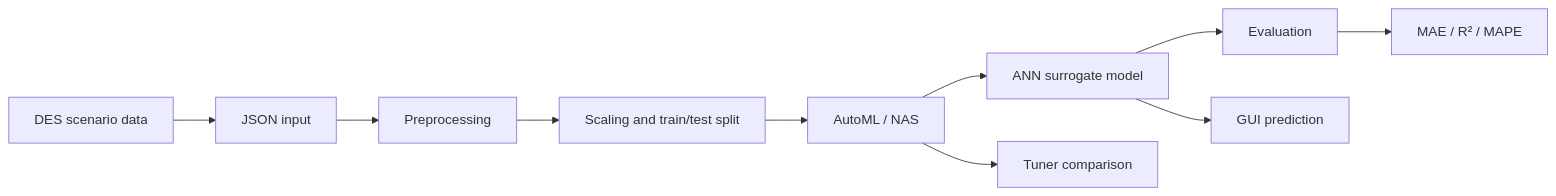
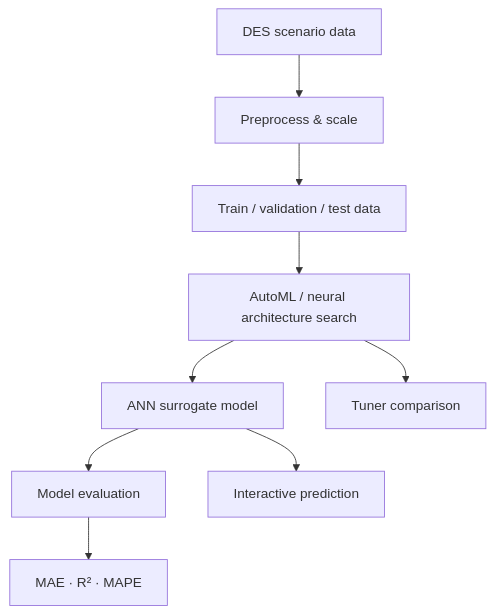
The diagram in README.md (hyandnn/sim-approximation-ml), drawn with Mermaid before and after one commit. The commit also changed other lines of this file, not shown here.

````diff
--- a/README.md
+++ b/README.md
@@ -11,12 +11,13 @@
 ```mermaid
-flowchart LR
-    A[DES scenario data] --> B[JSON input]
-    B --> C[Preprocessing]
-    C --> D[Scaling and train/test split]
-    D --> E[AutoML / NAS]
-    E --> F[ANN surrogate model]
-    F --> G[Evaluation]
-    F --> H[GUI prediction]
-    G --> I[MAE / R² / MAPE]
-    E --> J[Tuner comparison]
+flowchart TB
+    A[DES scenario data] --> B[Preprocess & scale]
+    B --> C[Train / validation / test data]
+    C --> D[AutoML / neural architecture search]
+    D --> E[ANN surrogate model]
+
+    E --> F[Model evaluation]
+    E --> G[Interactive prediction]
+
+    F --> H[MAE · R² · MAPE]
+    D --> I[Tuner comparison]
 ```
````
